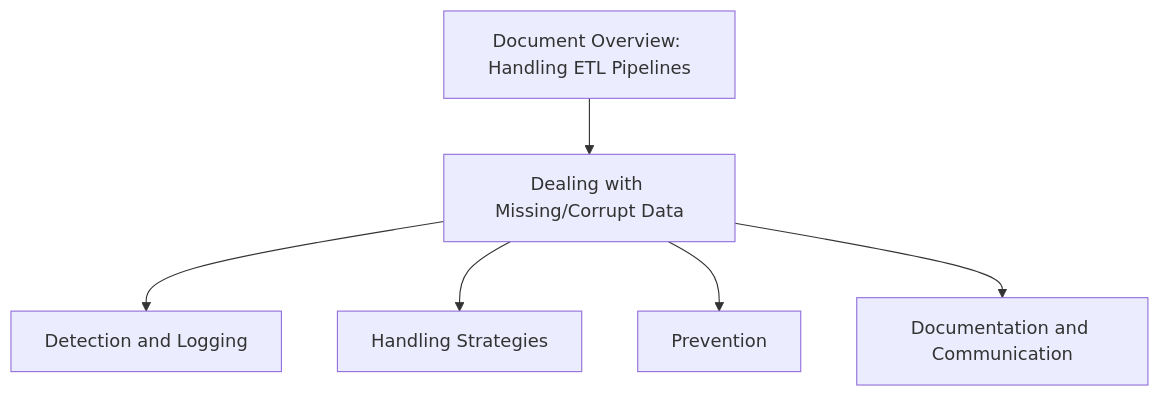
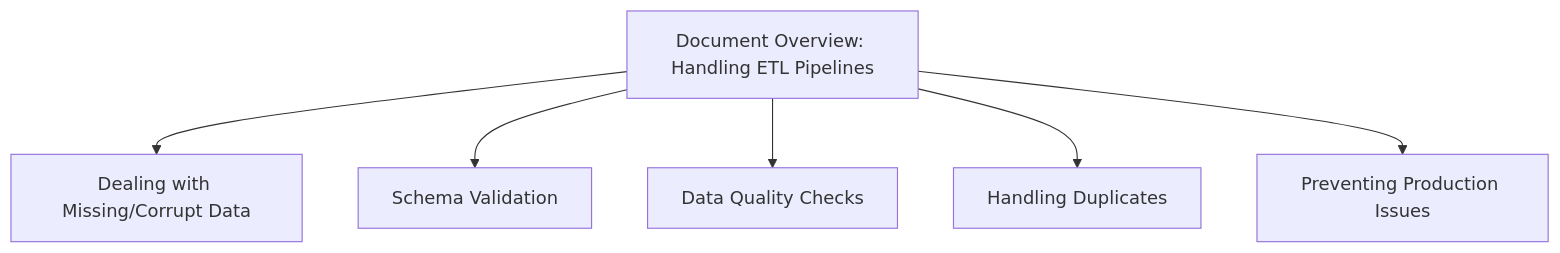
One commit to doytsujin/ok-spark-scala-strategy changed the diagram in README.md. Above: the diagram before and after it, drawn with Mermaid.

Commit message:
* README.md

````diff
--- a/README.md
+++ b/README.md
@@ -8,9 +6,8 @@
 ```mermaid
 graph TD
     A[Document Overview: Handling ETL Pipelines] --> B[Dealing with Missing/Corrupt Data]
-
-    B --> B1[Detection and Logging]
-    B --> B2[Handling Strategies]
-    B --> B3[Prevention]
-    B --> B4[Documentation and Communication]
+    A --> C[Schema Validation]
+    A --> D[Data Quality Checks]
+    A --> E[Handling Duplicates]
+    A --> F[Preventing Production Issues]
 ```
````
